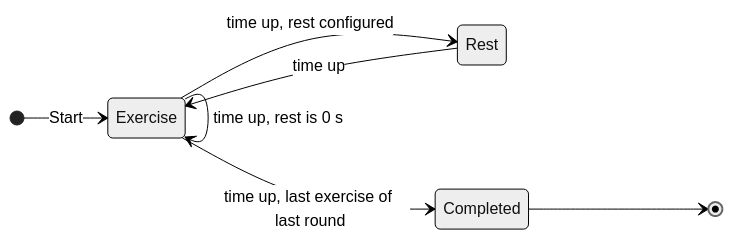
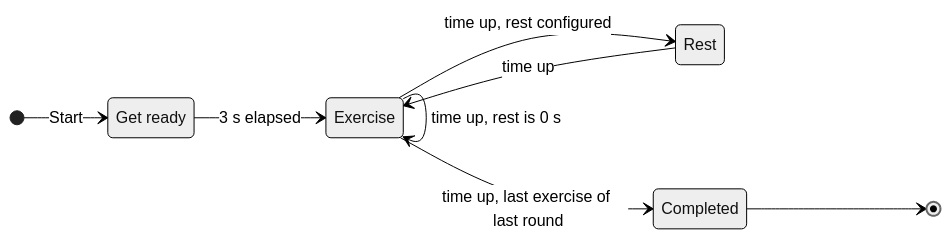
Before and after one commit to davamix/workout-timer: the diagram in docs/SPECIFICATION.md, drawn with Mermaid (neutral theme). The commit also changed other lines of this file, not shown here.

````diff
--- a/docs/SPECIFICATION.md
+++ b/docs/SPECIFICATION.md
@@ -121,10 +141,12 @@
 ```mermaid
 stateDiagram-v2
     direction LR
-    [*] --> Exercise : Start
+    state "Get ready" as GetReady
+    [*] --> GetReady : Start
+    GetReady --> Exercise : 3 s elapsed
     Exercise --> Rest : time up, rest configured
     Exercise --> Exercise : time up, rest is 0 s
     Rest --> Exercise : time up
     Exercise --> Completed : time up, last exercise of last round
     Completed --> [*]
 ```
````
